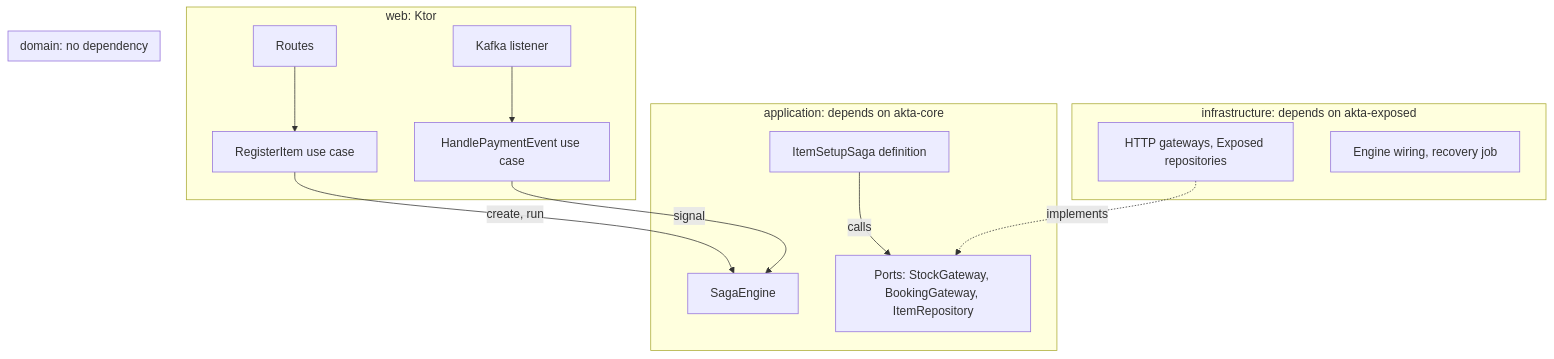
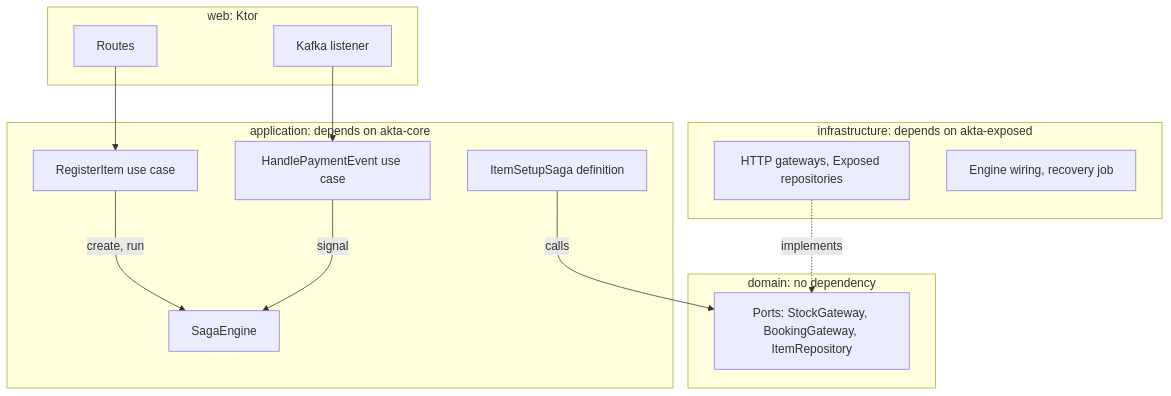
Before and after one commit to octogene/akta: the diagram in docs/guides/clean-architecture.md, drawn with Mermaid. The commit also changed 3 other files, not shown here.

First line of the commit message:
Draw the Mermaid diagrams like GitHub, in a viewer with zoom and fullscreen

````diff
--- a/docs/guides/clean-architecture.md
+++ b/docs/guides/clean-architecture.md
@@ -5,19 +5,26 @@
 ```mermaid
 flowchart TB
     subgraph web[web: Ktor]
-        R[Routes] --> UC
-        L[Kafka listener] --> UC2
+        R[Routes]
+        L[Kafka listener]
     end
     subgraph application[application: depends on akta-core]
-        UC[RegisterItem use case] -->|create, run| E[SagaEngine]
-        UC2[HandlePaymentEvent use case] -->|signal| E
-        S[ItemSetupSaga definition] -->|calls| P
+        UC[RegisterItem use case]
+        UC2[HandlePaymentEvent use case]
+        S[ItemSetupSaga definition]
+        E[SagaEngine]
     end
     subgraph domain[domain: no dependency]
         P[Ports: StockGateway, BookingGateway, ItemRepository]
     end
     subgraph infrastructure[infrastructure: depends on akta-exposed]
-        A[HTTP gateways, Exposed repositories] -.implements.-> P
+        A[HTTP gateways, Exposed repositories]
         W[Engine wiring, recovery job]
     end
+    R --> UC
+    L --> UC2
+    UC -->|create, run| E
+    UC2 -->|signal| E
+    S -->|calls| P
+    A -.->|implements| P
 ```
````
